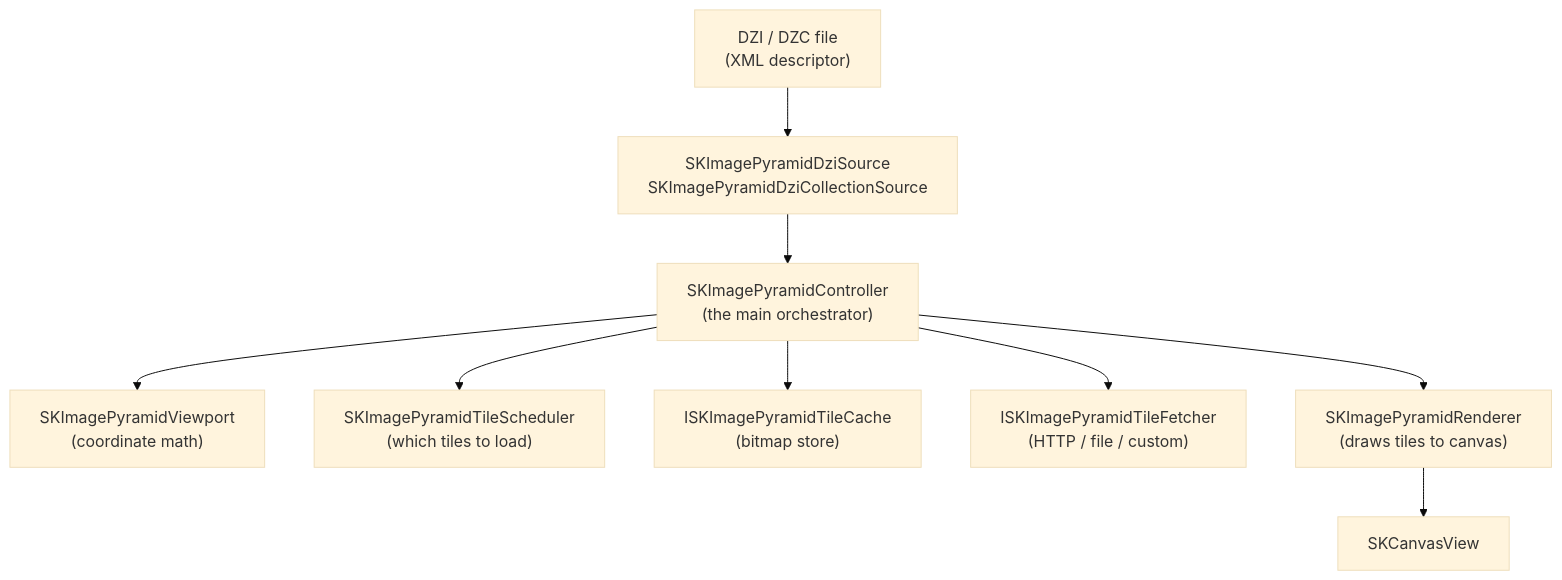
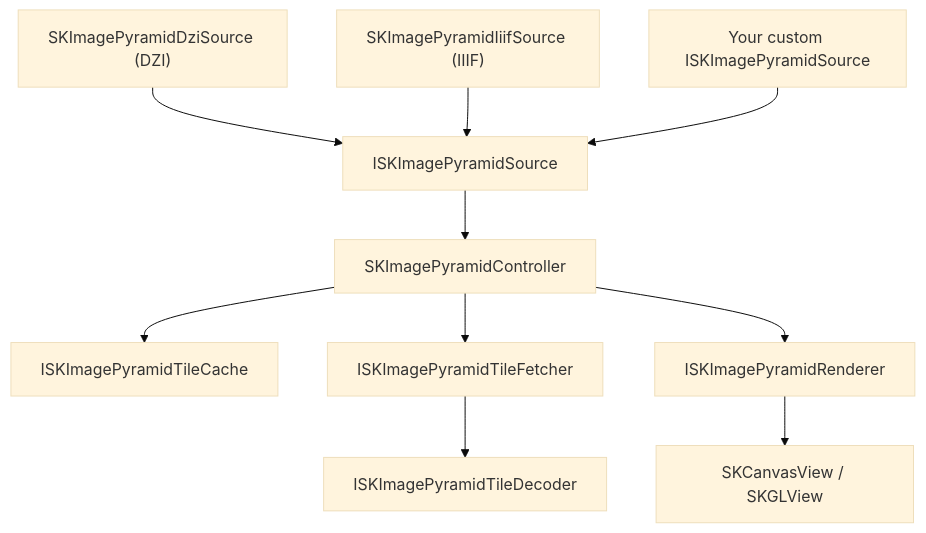
The diagram in docs/docs/image-pyramid/index.md (mono/SkiaSharp.Extended), drawn with Mermaid (base theme) before and after one commit. The commit also changed other lines of this file and 6 other files, not shown here.

````diff
--- a/docs/docs/image-pyramid/index.md
+++ b/docs/docs/image-pyramid/index.md
@@ -21,21 +21,23 @@
 ```mermaid
 graph TD
-    DZI["DZI / DZC file<br/>(XML descriptor)"]
-    Source["SKImagePyramidDziSource<br/>SKImagePyramidDziCollectionSource"]
-    Controller["SKImagePyramidController<br/>(the main orchestrator)"]
-    Viewport["SKImagePyramidViewport<br/>(coordinate math)"]
-    Scheduler["SKImagePyramidTileScheduler<br/>(which tiles to load)"]
-    Cache["ISKImagePyramidTileCache<br/>(bitmap store)"]
-    Fetcher["ISKImagePyramidTileFetcher<br/>(HTTP / file / custom)"]
-    Renderer["SKImagePyramidRenderer<br/>(draws tiles to canvas)"]
-    Canvas["SKCanvasView"]
+    Src1["SKImagePyramidDziSource (DZI)"]
+    Src2["SKImagePyramidIiifSource (IIIF)"]
+    Src3["Your custom ISKImagePyramidSource"]
+    Source["ISKImagePyramidSource"]
+    Controller["SKImagePyramidController"]
+    Cache["ISKImagePyramidTileCache"]
+    Fetcher["ISKImagePyramidTileFetcher"]
+    Decoder["ISKImagePyramidTileDecoder"]
+    Renderer["ISKImagePyramidRenderer"]
+    Canvas["SKCanvasView / SKGLView"]
 
-    DZI --> Source
+    Src1 --> Source
+    Src2 --> Source
+    Src3 --> Source
     Source --> Controller
-    Controller --> Viewport
-    Controller --> Scheduler
     Controller --> Cache
     Controller --> Fetcher
+    Fetcher --> Decoder
     Controller --> Renderer
     Renderer --> Canvas
 ```
````
